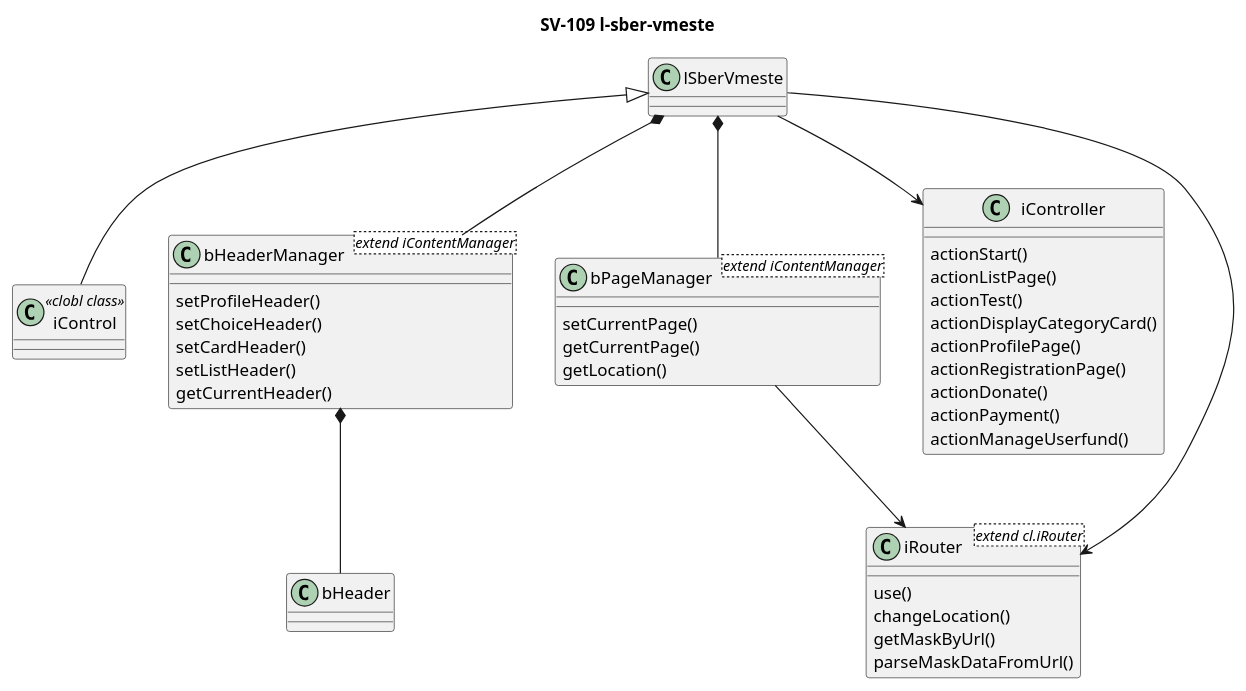
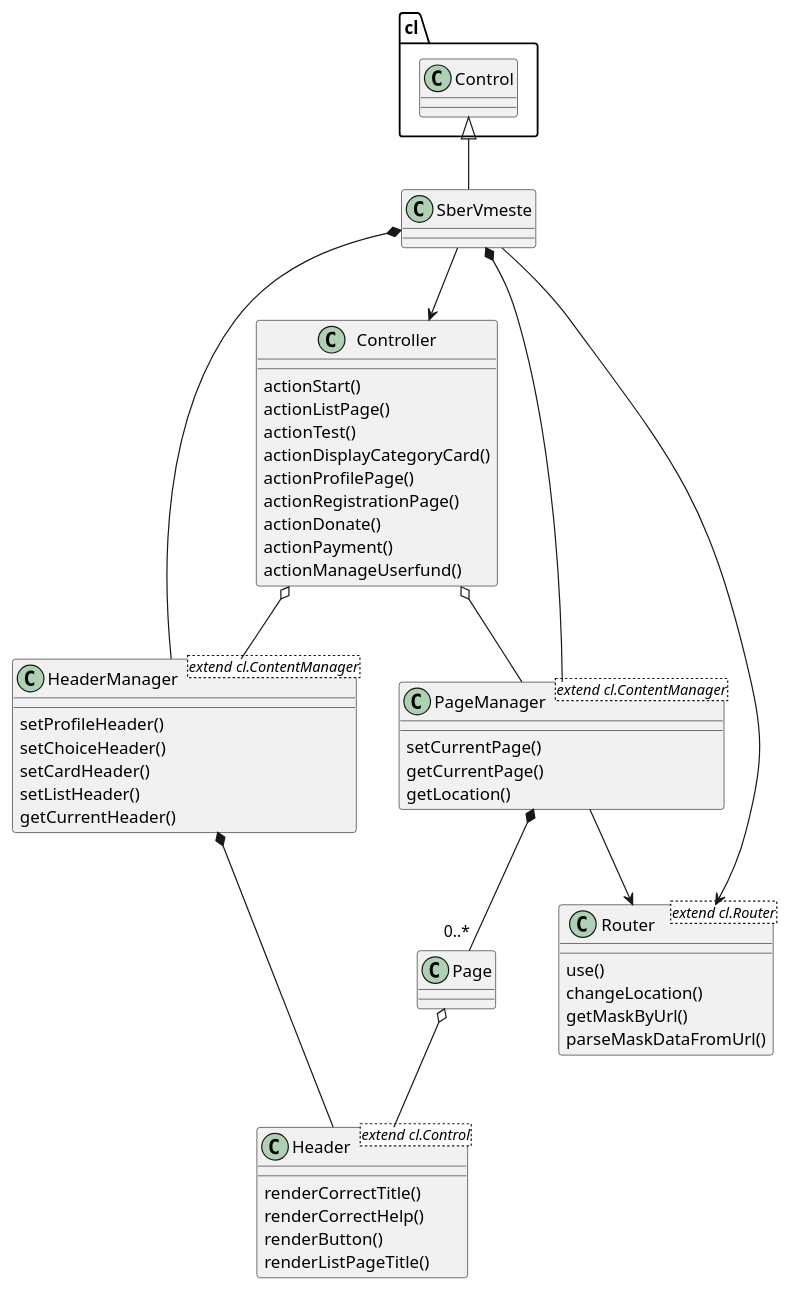
The diagram in uml/l-sber-vmeste.pu (Sprinter101/sp101), drawn with PlantUML before and after one commit. The commit also changed 2 other files, not shown here.

Commit message:
SV-109 fixed uml diagrams

```diff
--- a/uml/l-sber-vmeste.pu
+++ b/uml/l-sber-vmeste.pu
@@ -1,53 +1,59 @@
-@startuml
+SberVmeste -up-|> cl.Control
+SberVmeste *--  HeaderManager
+SberVmeste *-- PageManager
 
-title SV-109 l-sber-vmeste
+SberVmeste --> Controller
+SberVmeste --> Router
 
+Controller o-- HeaderManager
+Controller o-- PageManager
 
-lSberVmeste <|-- iControl
-lSberVmeste *--  bHeaderManager
-lSberVmeste *-- bPageManager
+HeaderManager *-- Header
+PageManager --> Router
+PageManager *-- "0..*" Page
 
-lSberVmeste --> iController
-lSberVmeste --> iRouter
-
-
-bHeaderManager *-- bHeader
-bPageManager --> iRouter
+Page o-- Header
 
     
-class iRouter <extend cl.iRouter> {
+class Router <extend cl.Router> {
     use()
     changeLocation()
     getMaskByUrl()
     parseMaskDataFromUrl()
 }
 
-class bHeaderManager <extend iContentManager> {
+class HeaderManager <extend cl.ContentManager> {
     setProfileHeader()
     setChoiceHeader()
     setCardHeader()
     setListHeader()
     getCurrentHeader()
 }
 
-class bPageManager <extend iContentManager> {
+class PageManager <extend cl.ContentManager> {
     setCurrentPage()
     getCurrentPage()
     getLocation()
 }
 
-class iController {
+class Header <extend cl.Control> {
+    renderCorrectTitle()
+    renderCorrectHelp()
+    renderButton()
+    renderListPageTitle()
+}
+
+class Controller {
     actionStart()
     actionListPage()
     actionTest()
     actionDisplayCategoryCard()
     actionProfilePage()
     actionRegistrationPage()
     actionDonate()
     actionPayment()
     actionManageUserfund()
 }
 
-class iControl <<clobl class>>
 
 @enduml
```
